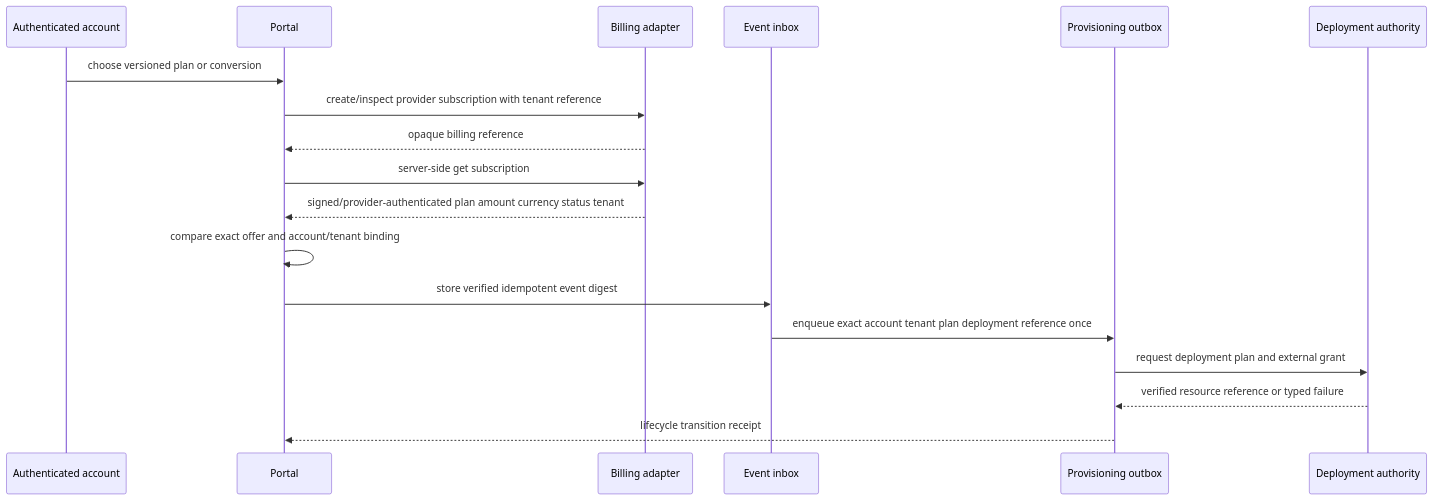
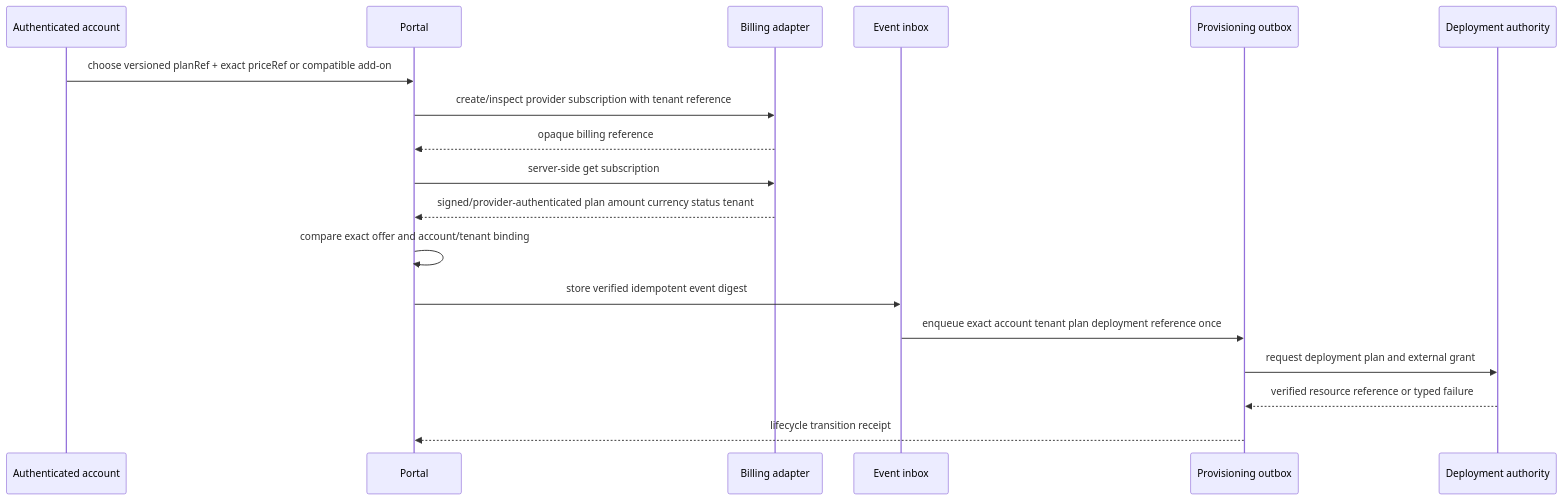
One commit to wellmanifest/saas-lifecycle changed the second of 7 diagrams in docs/LOGIC_FLOW.md. Above: the diagram before and after it, drawn with Mermaid. The commit also changed other lines of this file and 4 other files, not shown here.

````diff
--- a/docs/LOGIC_FLOW.md
+++ b/docs/LOGIC_FLOW.md
@@ -31,20 +35,20 @@
 ```mermaid
 sequenceDiagram
     participant U as Authenticated account
     participant P as Portal
     participant B as Billing adapter
     participant E as Event inbox
     participant O as Provisioning outbox
     participant D as Deployment authority
-    U->>P: choose versioned plan or conversion
+    U->>P: choose versioned planRef + exact priceRef or compatible add-on
     P->>B: create/inspect provider subscription with tenant reference
     B-->>P: opaque billing reference
     P->>B: server-side get subscription
     B-->>P: signed/provider-authenticated plan amount currency status tenant
     P->>P: compare exact offer and account/tenant binding
     P->>E: store verified idempotent event digest
     E->>O: enqueue exact account tenant plan deployment reference once
     O->>D: request deployment plan and external grant
     D-->>O: verified resource reference or typed failure
     O-->>P: lifecycle transition receipt
 ```
````
